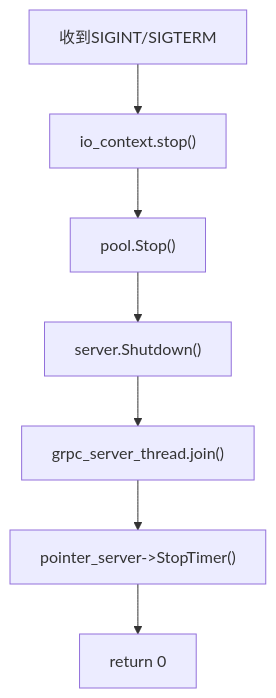
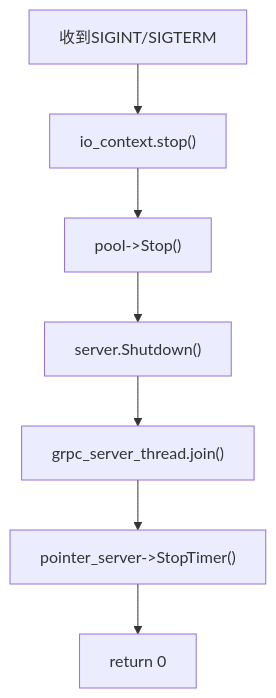
The ninth of 10 diagrams in .qoder/repowiki/zh/content/服务端开发/ChatServer聊天核心服务/核心服务架构.md (echo9923/mychatter), drawn with Mermaid before and after one commit. The commit also changed other lines of this file and 107 other files, not shown here.

````diff
--- a/.qoder/repowiki/zh/content/服务端开发/ChatServer聊天核心服务/核心服务架构.md
+++ b/.qoder/repowiki/zh/content/服务端开发/ChatServer聊天核心服务/核心服务架构.md
@@ -387,9 +379,9 @@
 ```mermaid
 flowchart TD
 Signal["收到SIGINT/SIGTERM"] --> StopIO["io_context.stop()"]
-StopIO --> StopPool["pool.Stop()"]
+StopIO --> StopPool["pool->Stop()"]
 StopPool --> ShutdownGRPC["server.Shutdown()"]
 ShutdownGRPC --> JoinThread["grpc_server_thread.join()"]
 JoinThread --> StopTimer["pointer_server->StopTimer()"]
 StopTimer --> Exit["return 0"]
 ```
````
